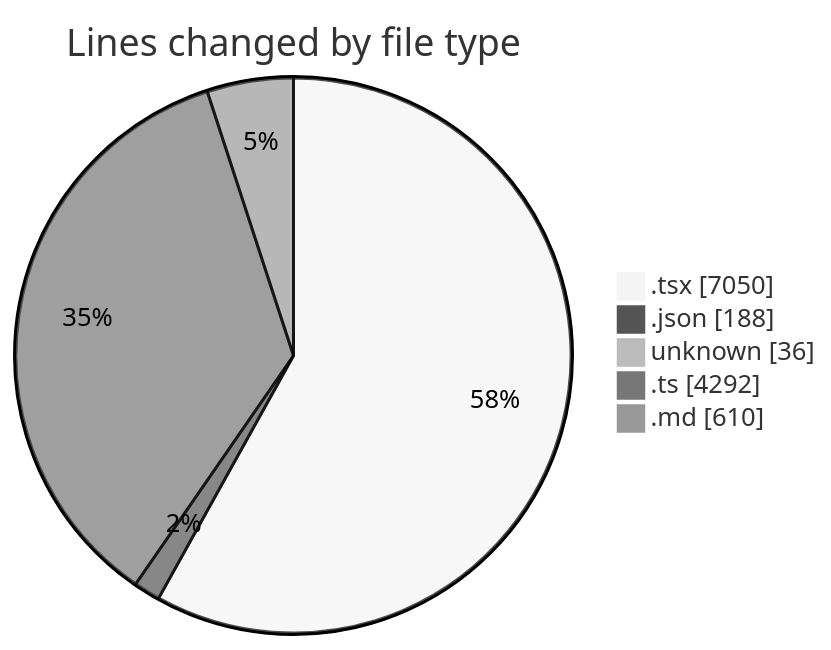
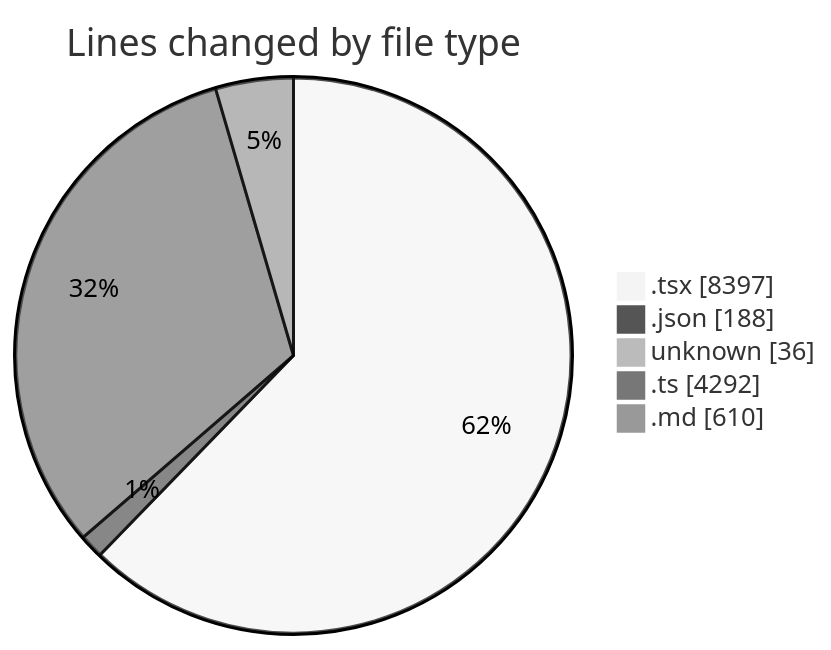
One commit to ernivani/code-tracking changed the first of 2 diagrams in 2025-01-03/tinycms/README.md. Above: the diagram before and after it, drawn with Mermaid (neutral theme). The commit also changed other lines of this file and 5 other files, not shown here.

````diff
--- a/2025-01-03/tinycms/README.md
+++ b/2025-01-03/tinycms/README.md
@@ -63,9 +64,9 @@
 ```mermaid
 pie showData
 title Lines changed by file type
-".tsx" : 7050
+".tsx" : 8397
 ".json" : 188
 "unknown" : 36
 ".ts" : 4292
 ".md" : 610
 ```
````
